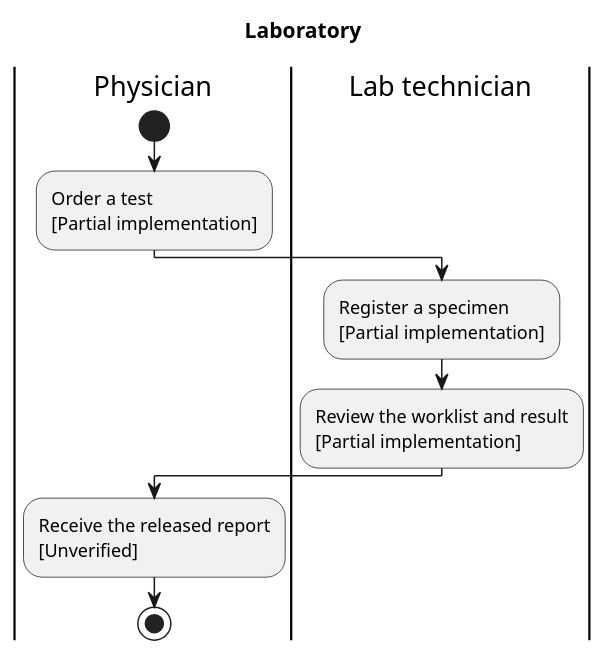
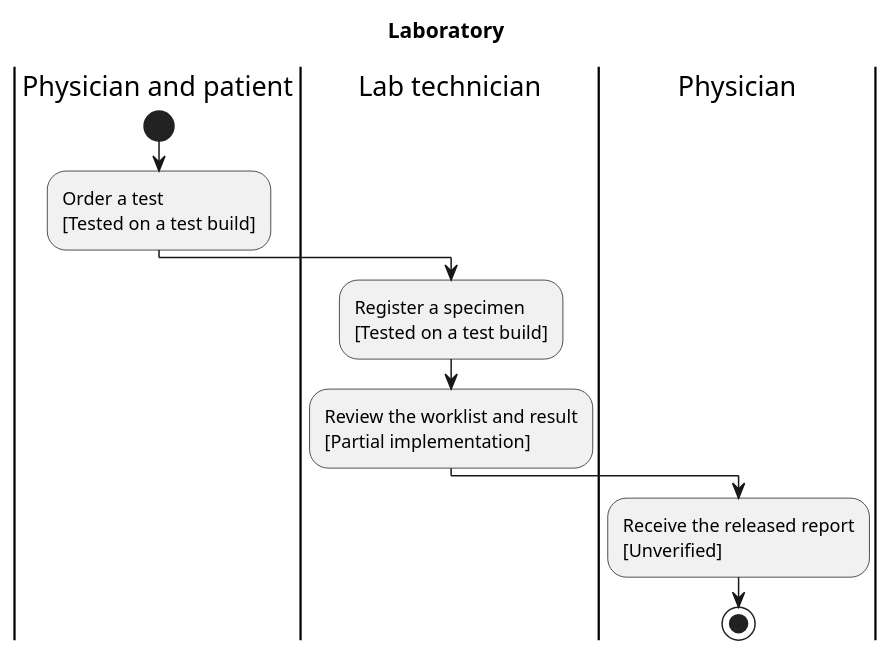
Before and after one commit to medbookdev/medbook-readiness: the seventh of 10 diagrams in medbook-full-en.puml, drawn with PlantUML. The commit also changed 13 other files, not shown here.

```diff
--- a/medbook-full-en.puml
+++ b/medbook-full-en.puml
@@ -133,15 +133,15 @@
 @startuml medbook-lab
 skinparam shadowing false
 title Laboratory
-|Physician|
+|Physician and patient|
 start
-|Physician|
-:Order a test\n[Partial implementation];
+|Physician and patient|
+:Order a test\n[Tested on a test build];
 |Lab technician|
-:Register a specimen\n[Partial implementation];
+:Register a specimen\n[Tested on a test build];
 |Lab technician|
 :Review the worklist and result\n[Partial implementation];
 |Physician|
 :Receive the released report\n[Unverified];
 stop
 @enduml
```
